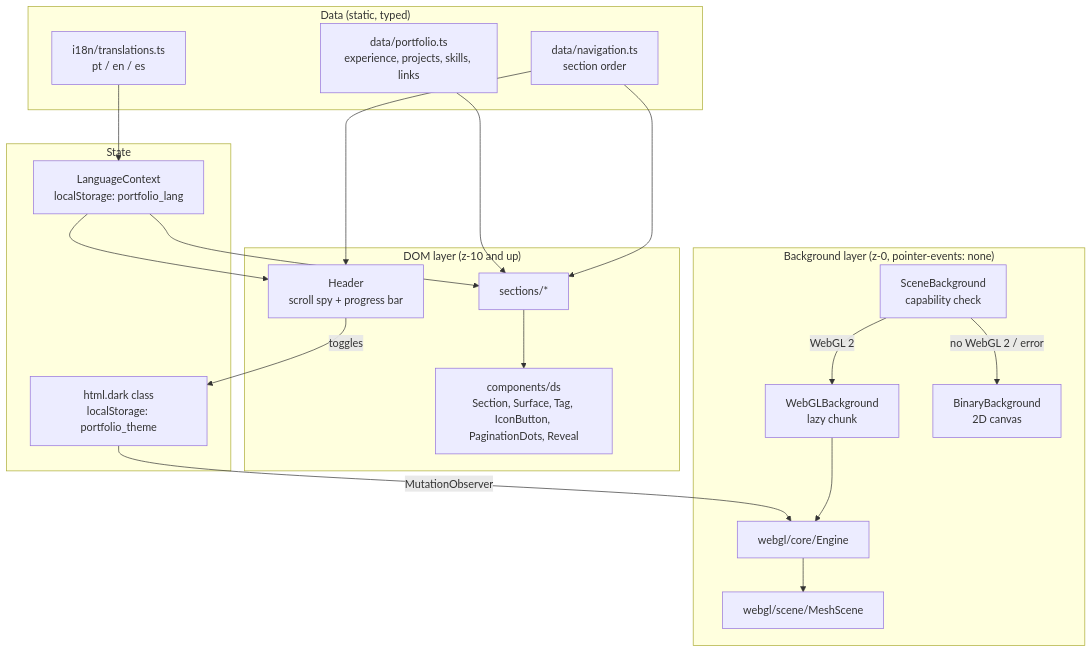
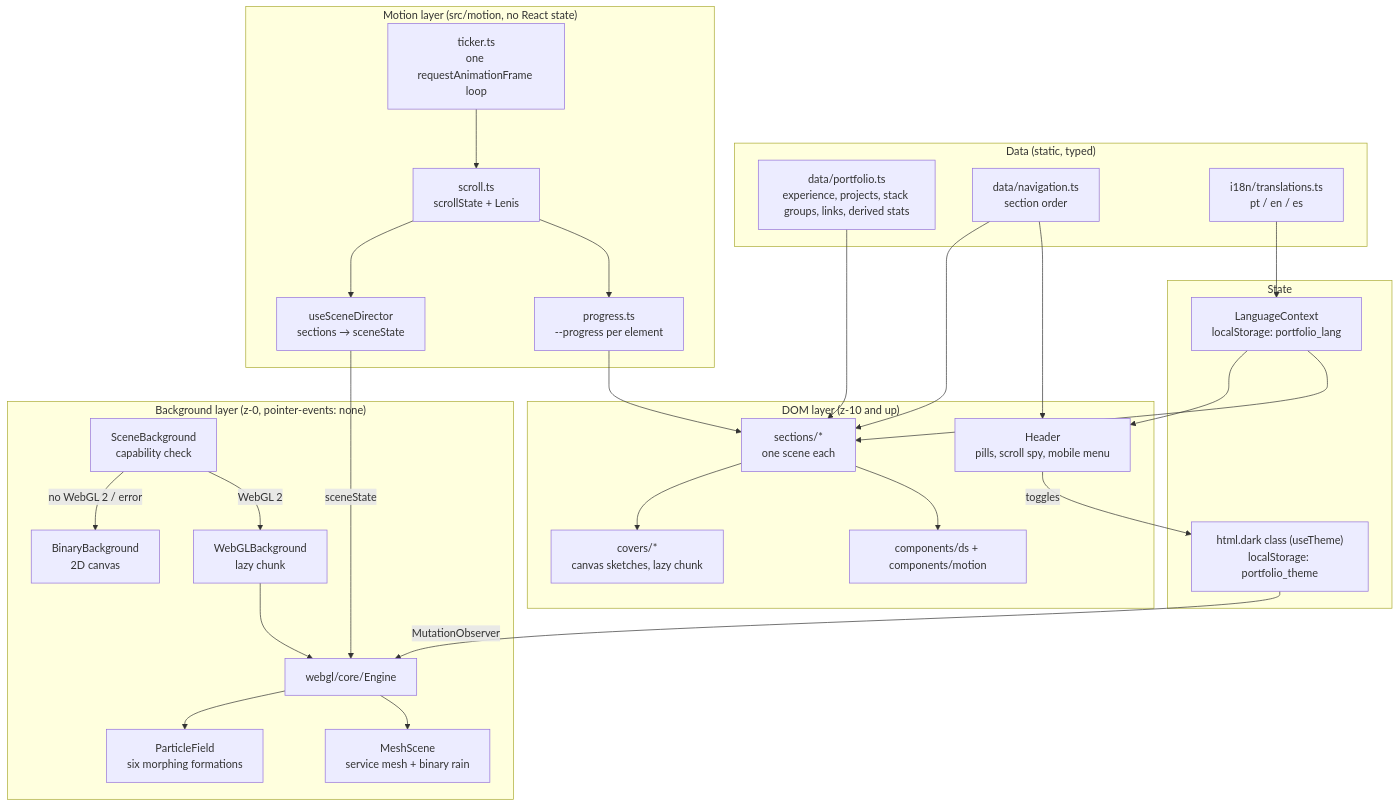
Before and after one commit to mateusememe/whoami: the first of 2 diagrams in docs/ARCHITECTURE.md, drawn with Mermaid. The commit also changed other lines of this file and 4 other files, not shown here.

````diff
--- a/docs/ARCHITECTURE.md
+++ b/docs/ARCHITECTURE.md
@@ -7,38 +7,53 @@
 ```mermaid
 flowchart TB
   subgraph Data["Data (static, typed)"]
-    portfolio["data/portfolio.ts<br/>experience, projects, skills, links"]
+    portfolio["data/portfolio.ts<br/>experience, projects, stack groups, links, derived stats"]
     nav["data/navigation.ts<br/>section order"]
     i18n["i18n/translations.ts<br/>pt / en / es"]
   end
 
   subgraph State["State"]
     lang["LanguageContext<br/>localStorage: portfolio_lang"]
-    theme["html.dark class<br/>localStorage: portfolio_theme"]
+    theme["html.dark class (useTheme)<br/>localStorage: portfolio_theme"]
+  end
+
+  subgraph Motion["Motion layer (src/motion, no React state)"]
+    ticker["ticker.ts<br/>one requestAnimationFrame loop"]
+    scroll["scroll.ts<br/>scrollState + Lenis"]
+    progress["progress.ts<br/>--progress per element"]
+    director["useSceneDirector<br/>sections → sceneState"]
   end
 
   subgraph UI["DOM layer (z-10 and up)"]
-    header["Header<br/>scroll spy + progress bar"]
-    sections["sections/*"]
-    ds["components/ds<br/>Section, Surface, Tag, IconButton, PaginationDots, Reveal"]
+    header["Header<br/>pills, scroll spy, mobile menu"]
+    sections["sections/*<br/>one scene each"]
+    ds["components/ds + components/motion"]
+    covers["covers/*<br/>canvas sketches, lazy chunk"]
   end
 
   subgraph BG["Background layer (z-0, pointer-events: none)"]
     selector["SceneBackground<br/>capability check"]
     webgl["WebGLBackground<br/>lazy chunk"]
     engine["webgl/core/Engine"]
-    scene["webgl/scene/MeshScene"]
+    mesh["MeshScene<br/>service mesh + binary rain"]
+    field["ParticleField<br/>six morphing formations"]
     fallback["BinaryBackground<br/>2D canvas"]
   end
 
   portfolio --> sections
   nav --> header
   nav --> sections
   i18n --> lang --> sections
   lang --> header
   sections --> ds
+  sections --> covers
+  ticker --> scroll --> progress --> sections
+  scroll --> director
+  director -- sceneState --> engine
   header -- toggles --> theme
   theme -- MutationObserver --> engine
-  selector -- WebGL 2 --> webgl --> engine --> scene
+  selector -- WebGL 2 --> webgl --> engine
+  engine --> mesh
+  engine --> field
   selector -- no WebGL 2 / error --> fallback
 ```
````
